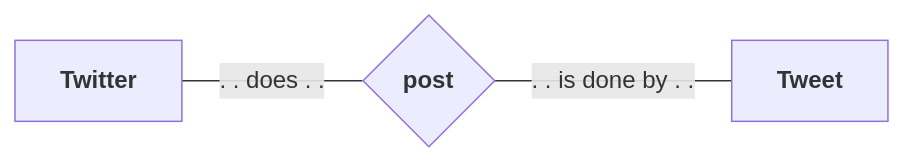
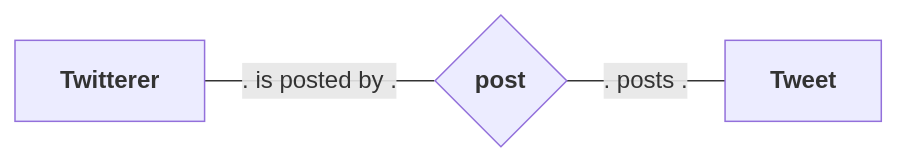
One commit to angelromarco04/MyNotes changed the second of 2 diagrams in Programming/Databases/data/Theory/ERModel.md. Above: the diagram before and after it, drawn with Mermaid.

Commit message:
vault backup: 2024-03-17 18:43:45

````diff
--- a/Programming/Databases/data/Theory/ERModel.md
+++ b/Programming/Databases/data/Theory/ERModel.md
@@ -40,9 +40,9 @@
 ```mermaid
 flowchart LR
-	id1-- ". . does . ." ---id2
-	id2-- ". . is done by . ."---id3
+	id1-- ". is posted by ." ---id2
+	id2-- ". posts ."---id3
 
-	id1["`**Twitter**`"]
+	id1["`**Twitterer**`"]
 	id2{"`**post**`"}
 	id3["`**Tweet**`"]
 ```
````
